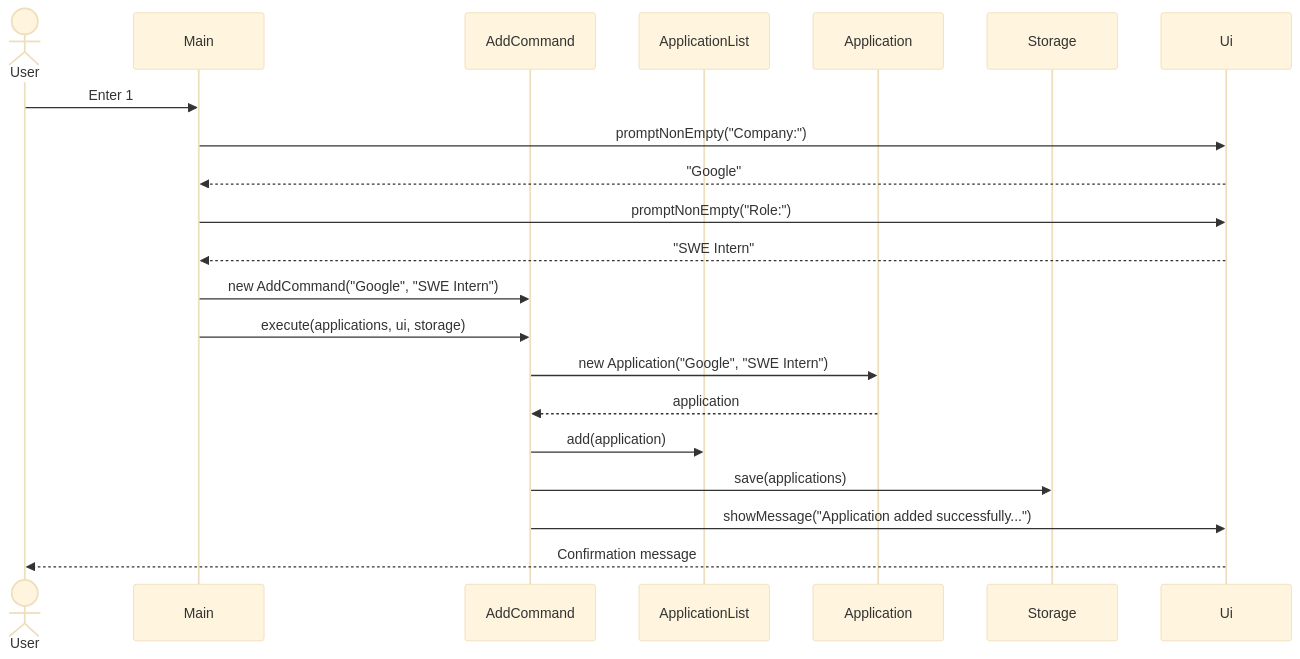
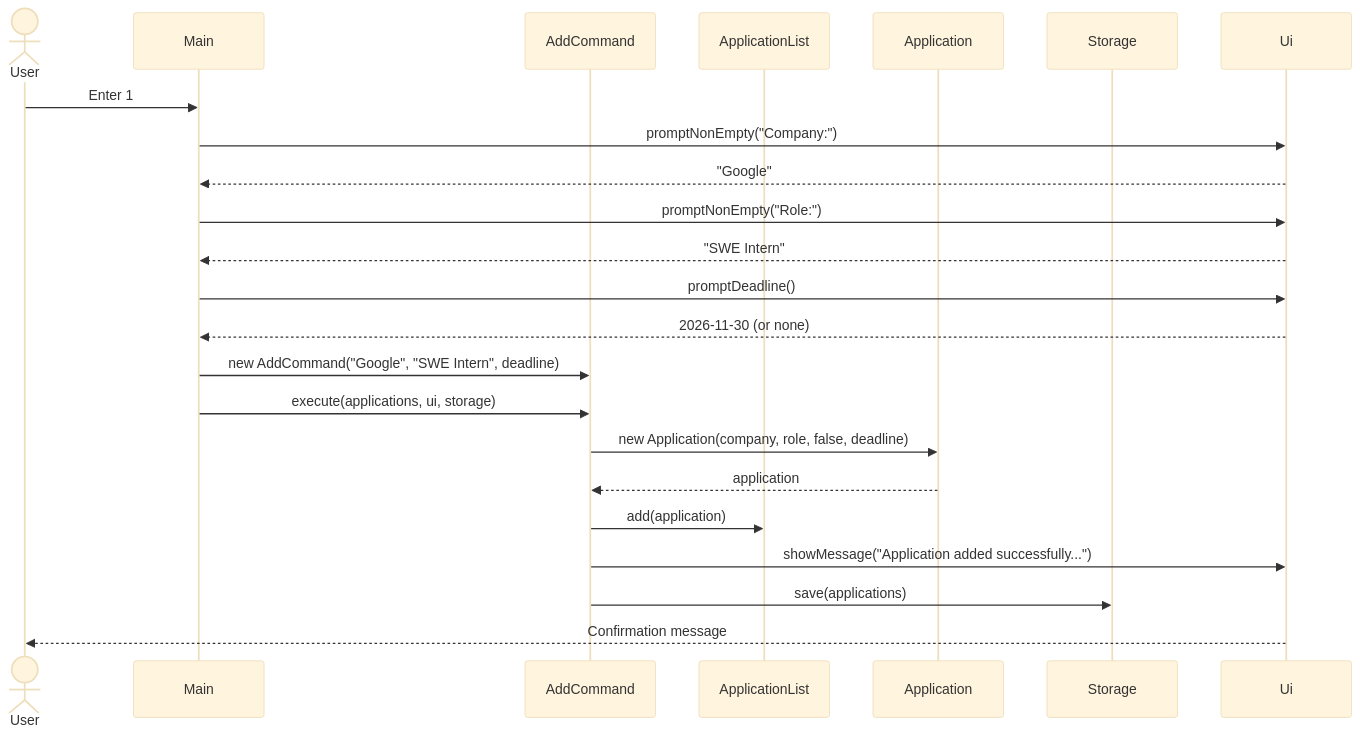
Before and after one commit to AY2627S1-CS2113-T10-2/tp: the fourth of 16 diagrams in docs/DeveloperGuide.md, drawn with Mermaid (base theme). The commit also changed other lines of this file and 2 other files, not shown here.

````diff
--- a/docs/DeveloperGuide.md
+++ b/docs/DeveloperGuide.md
@@ -129,23 +131,25 @@
 ```mermaid
 sequenceDiagram
     actor User
     participant Main
     participant AddCommand
     participant ApplicationList
     participant Application
     participant Storage
     participant Ui
     User->>Main: Enter 1
     Main->>Ui: promptNonEmpty("Company:")
     Ui-->>Main: "Google"
     Main->>Ui: promptNonEmpty("Role:")
     Ui-->>Main: "SWE Intern"
-    Main->>AddCommand: new AddCommand("Google", "SWE Intern")
+    Main->>Ui: promptDeadline()
+    Ui-->>Main: 2026-11-30 (or none)
+    Main->>AddCommand: new AddCommand("Google", "SWE Intern", deadline)
     Main->>AddCommand: execute(applications, ui, storage)
-    AddCommand->>Application: new Application("Google", "SWE Intern")
+    AddCommand->>Application: new Application(company, role, false, deadline)
     Application-->>AddCommand: application
     AddCommand->>ApplicationList: add(application)
+    AddCommand->>Ui: showMessage("Application added successfully...")
     AddCommand->>Storage: save(applications)
-    AddCommand->>Ui: showMessage("Application added successfully...")
     Ui-->>User: Confirmation message
 ```
````
